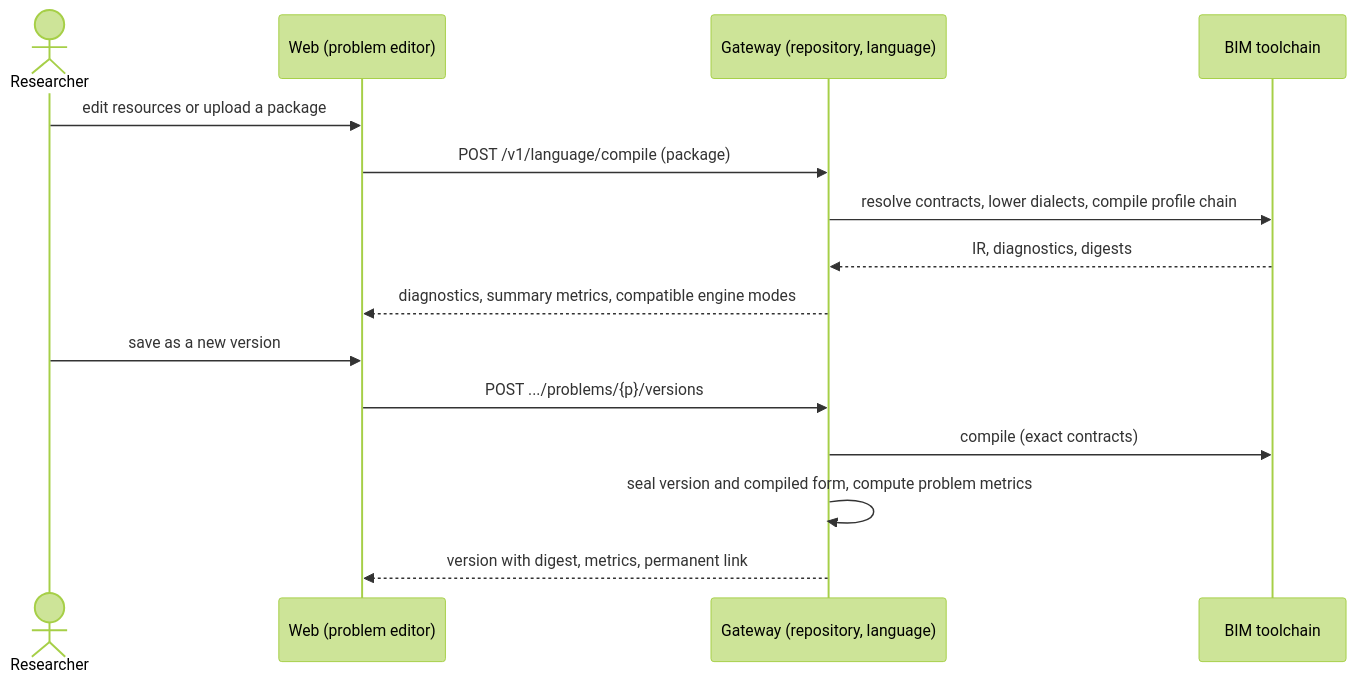
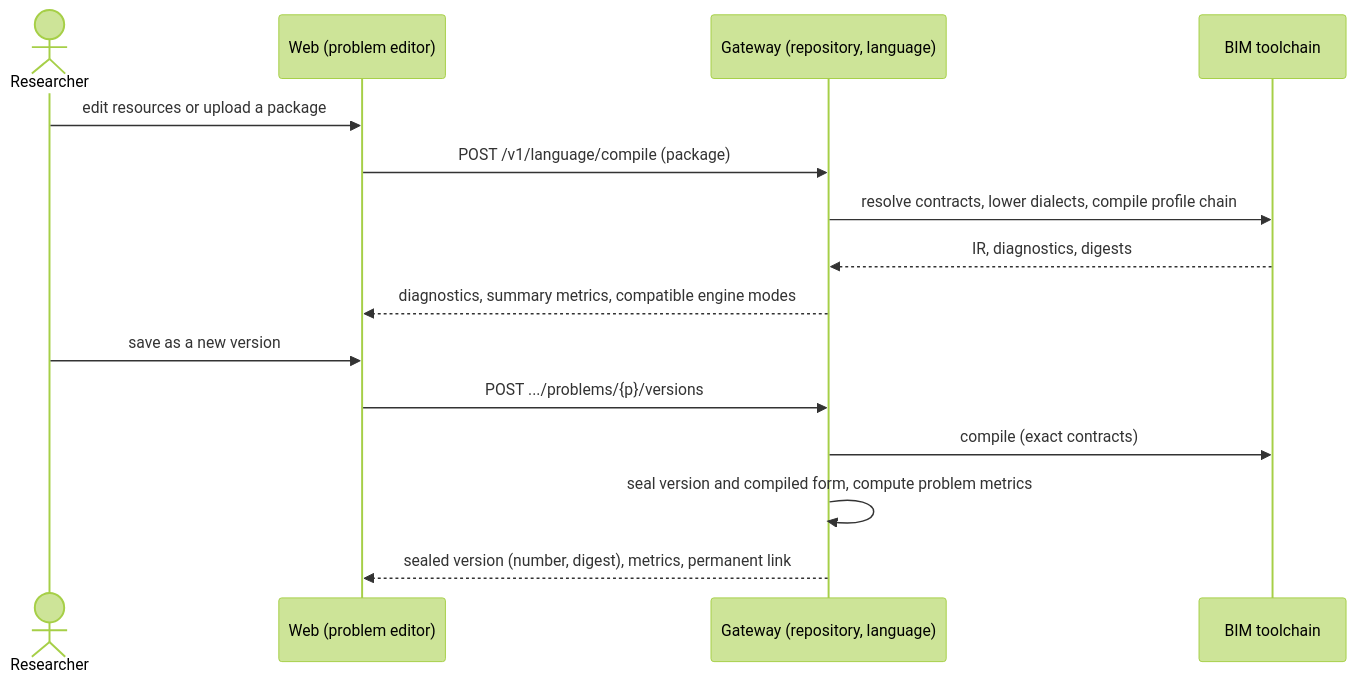
One commit to isa-group/OpenBinding changed the fourth of 6 diagrams in docs/ARCHITECTURE.md. Above: the diagram before and after it, drawn with Mermaid (forest theme). The commit also changed other lines of this file and 11 other files, not shown here.

First line of the commit message:
docs(architecture): align architecture, roadmap and agent guide with the smaller platform

````diff
--- a/docs/ARCHITECTURE.md
+++ b/docs/ARCHITECTURE.md
@@ -260,17 +311,17 @@
 ```mermaid
 sequenceDiagram
   actor U as Researcher
   participant W as Web (problem editor)
   participant G as Gateway (repository, language)
   participant B as BIM toolchain
   U->>W: edit resources or upload a package
   W->>G: POST /v1/language/compile (package)
   G->>B: resolve contracts, lower dialects, compile profile chain
   B-->>G: IR, diagnostics, digests
   G-->>W: diagnostics, summary metrics, compatible engine modes
   U->>W: save as a new version
   W->>G: POST .../problems/{p}/versions
   G->>B: compile (exact contracts)
   G->>G: seal version and compiled form, compute problem metrics
-  G-->>W: version with digest, metrics, permanent link
+  G-->>W: sealed version (number, digest), metrics, permanent link
 ```
````
